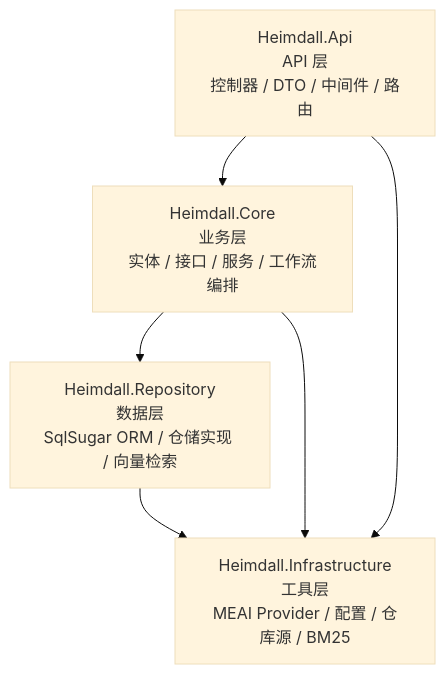
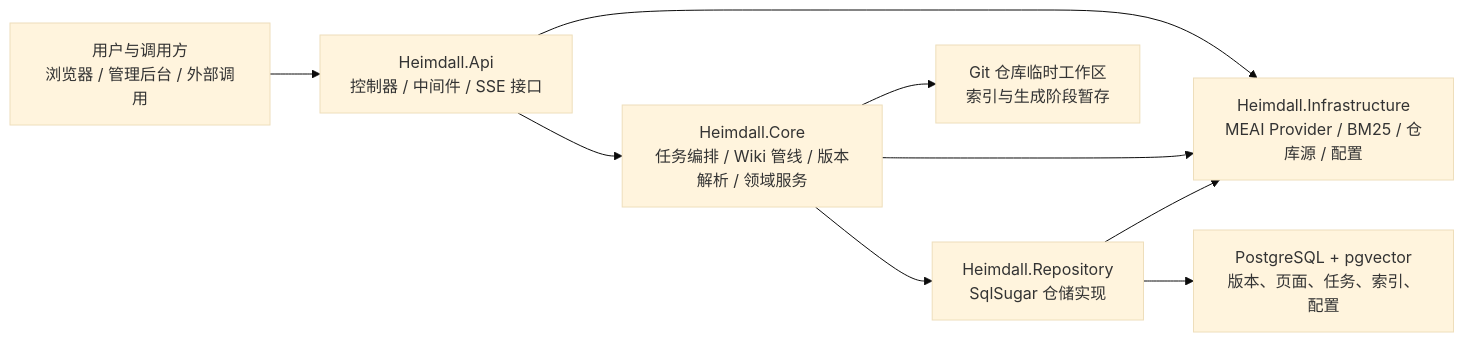
The diagram in docs/architecture/architecture.md (daohunliwei/Heimdall), drawn with Mermaid (base theme) before and after one commit. The commit also changed other lines of this file and 16 other files, not shown here.

````diff
--- a/docs/architecture/architecture.md
+++ b/docs/architecture/architecture.md
@@ -149,13 +26,11 @@
 ```mermaid
-flowchart TD
-    API["Heimdall.Api<br/>API 层<br/>控制器 / DTO / 中间件 / 路由"]
-    Core["Heimdall.Core<br/>业务层<br/>实体 / 接口 / 服务 / 工作流编排"]
-    Repo["Heimdall.Repository<br/>数据层<br/>SqlSugar ORM / 仓储实现 / 向量检索"]
-    Infra["Heimdall.Infrastructure<br/>工具层<br/>MEAI Provider / 配置 / 仓库源 / BM25"]
-
-    API --> Core
-    Core --> Repo
+flowchart LR
+    Client["用户与调用方<br/>浏览器 / 管理后台 / 外部调用"] --> Api["Heimdall.Api<br/>控制器 / 中间件 / SSE 接口"]
+    Api --> Core["Heimdall.Core<br/>任务编排 / Wiki 管线 / 版本解析 / 领域服务"]
+    Core --> Repo["Heimdall.Repository<br/>SqlSugar 仓储实现"]
+    Api --> Infra["Heimdall.Infrastructure<br/>MEAI Provider / BM25 / 仓库源 / 配置"]
     Core --> Infra
-    API --> Infra
     Repo --> Infra
+    Repo --> Pg["PostgreSQL + pgvector<br/>版本、页面、任务、索引、配置"]
+    Core --> Worktree["Git 仓库临时工作区<br/>索引与生成阶段暂存"]
 ```
````
